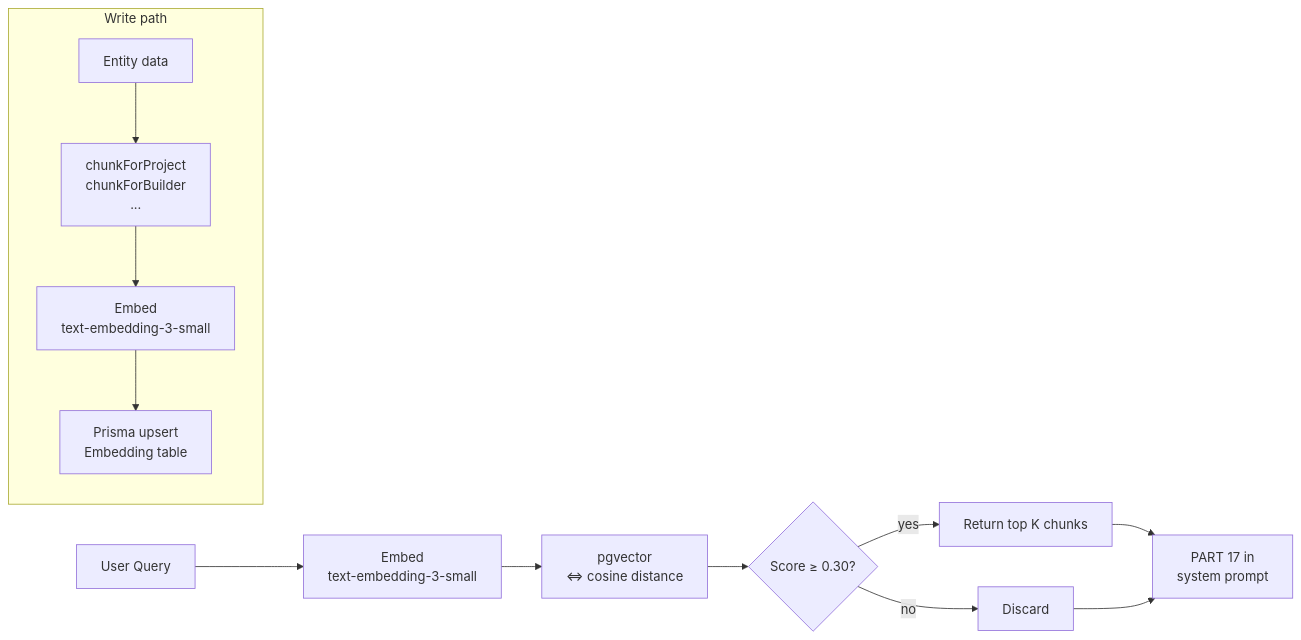
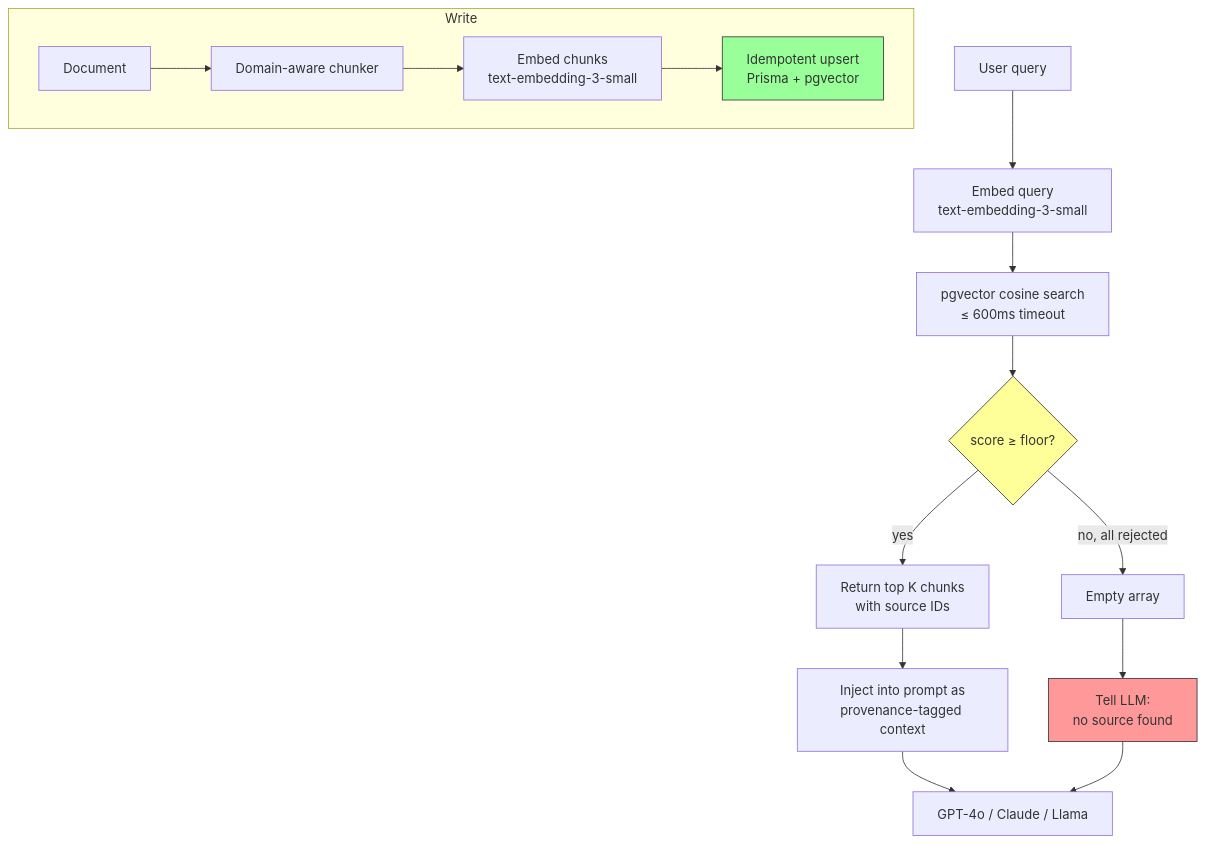
Before and after one commit to ykstorm/anchor: the diagram in README.md, drawn with Mermaid. The commit also changed other lines of this file and 14 other files, not shown here.

````diff
--- a/README.md
+++ b/README.md
@@ -60,16 +77,22 @@
 ```mermaid
-graph LR
-    A[User Query] --> B[Embed\ntext-embedding-3-small]
-    B --> C[pgvector\n<=> cosine distance]
-    C --> D{Score ≥ 0.30?}
-    D -->|yes| E[Return top K chunks]
-    D -->|no| F[Discard]
-    E --> G[PART 17 in\nsystem prompt]
-    F --> G
+graph TB
+    User[User query] --> Embed1[Embed query<br/>text-embedding-3-small]
+    Embed1 --> Search[pgvector cosine search<br/>≤ 600ms timeout]
+    Search --> Floor{score ≥ floor?}
+    Floor -->|yes| TopK[Return top K chunks<br/>with source IDs]
+    Floor -->|no, all rejected| Empty[Empty array]
+    TopK --> Inject[Inject into prompt as<br/>provenance-tagged context]
+    Empty --> Refuse[Tell LLM:<br/>no source found]
+    Inject --> LLM[GPT-4o / Claude / Llama]
+    Refuse --> LLM
 
-    subgraph "Write path"
-    H[Entity data] --> I[chunkForProject\nchunkForBuilder\n...]
-    I --> J[Embed\ntext-embedding-3-small]
-    J --> K[Prisma upsert\nEmbedding table]
+    subgraph Write
+        Doc[Document] --> Chunk[Domain-aware chunker]
+        Chunk --> Embed2[Embed chunks<br/>text-embedding-3-small]
+        Embed2 --> Upsert[Idempotent upsert<br/>Prisma + pgvector]
     end
+
+    style Floor fill:#ff9,stroke:#333
+    style Refuse fill:#f99,stroke:#333
+    style Upsert fill:#9f9,stroke:#333
 ```
````
